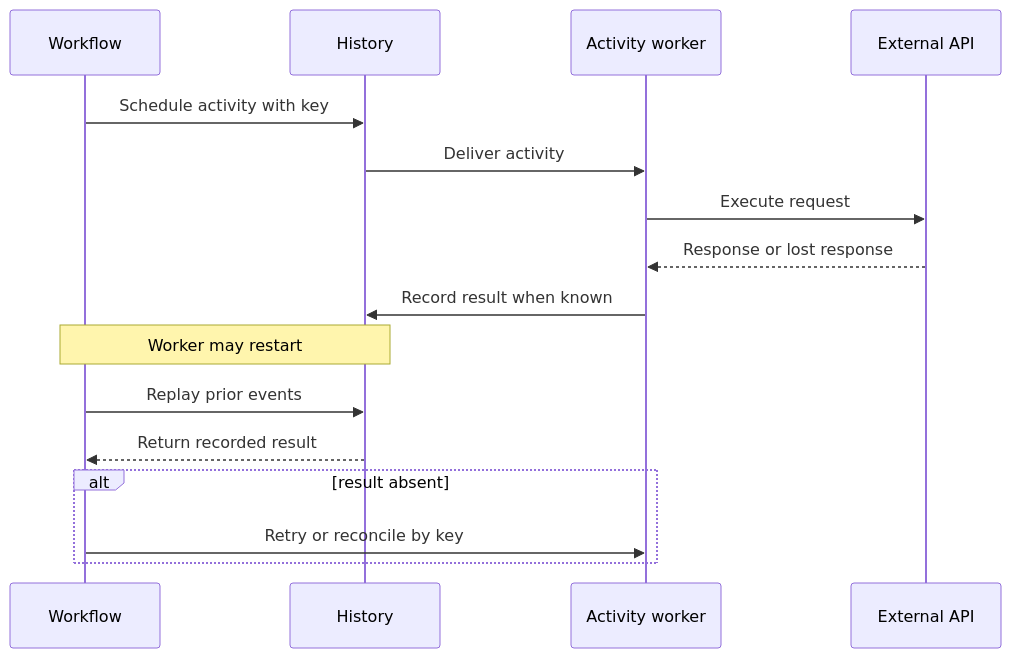
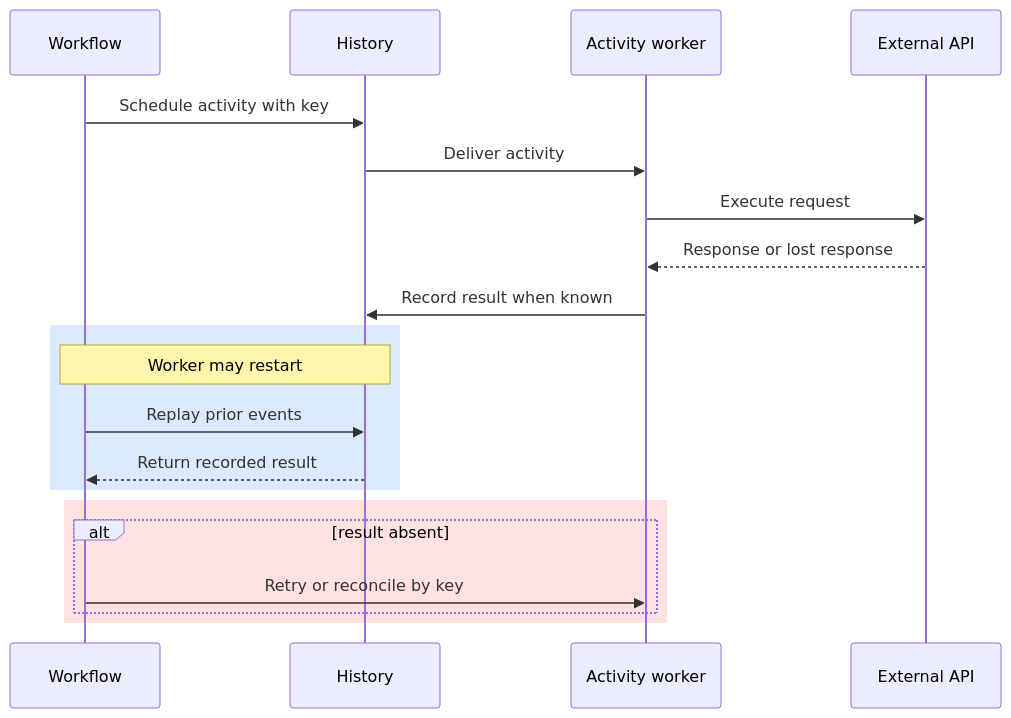
One commit to souradeepta/ai-monthly-concepts changed the second of 2 diagrams in months/2026-07/19-durable-execution.md. Above: the diagram before and after it, drawn with Mermaid. The commit also changed other lines of this file and 21 other files, not shown here.

````diff
--- a/months/2026-07/19-durable-execution.md
+++ b/months/2026-07/19-durable-execution.md
@@ -54,18 +58,22 @@
 ```mermaid
 sequenceDiagram
   participant W as Workflow
   participant H as History
   participant A as Activity worker
   participant X as External API
   W->>H: Schedule activity with key
   H->>A: Deliver activity
   A->>X: Execute request
   X-->>A: Response or lost response
   A->>H: Record result when known
-  Note over W,H: Worker may restart
-  W->>H: Replay prior events
-  H-->>W: Return recorded result
-  alt result absent
-    W->>A: Retry or reconcile by key
+  rect rgb(219, 234, 254)
+    Note over W,H: Worker may restart
+    W->>H: Replay prior events
+    H-->>W: Return recorded result
+  end
+  rect rgb(254, 226, 226)
+    alt result absent
+      W->>A: Retry or reconcile by key
+    end
   end
 ```
````
